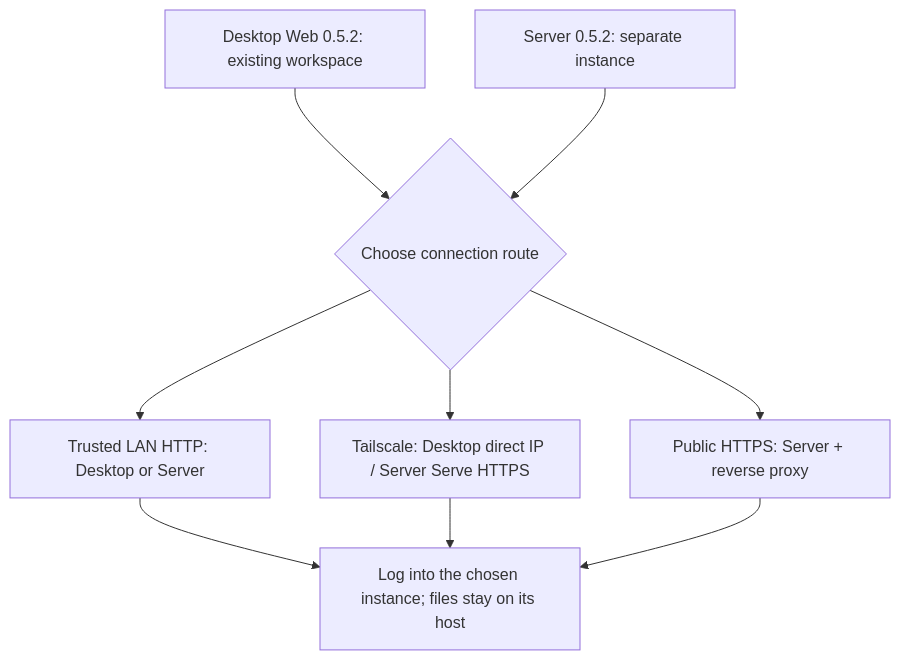
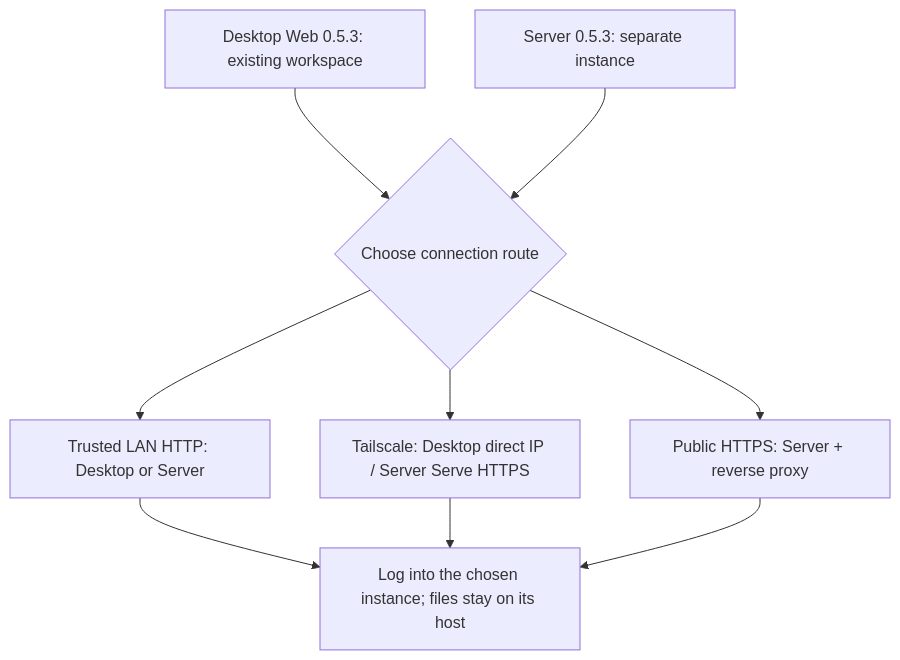
The diagram in website/site/public/assets/diagrams/deployment-choice-en.mmd (123eyu/rovai-ai), drawn with Mermaid before and after one commit. The commit also changed 10 other files, not shown here.

```diff
--- a/website/site/public/assets/diagrams/deployment-choice-en.mmd
+++ b/website/site/public/assets/diagrams/deployment-choice-en.mmd
@@ -1,12 +1,12 @@
 flowchart TB
-  desktop["Desktop Web 0.5.2: existing workspace"]
-  server["Server 0.5.2: separate instance"]
+  desktop["Desktop Web 0.5.3: existing workspace"]
+  server["Server 0.5.3: separate instance"]
   choice{"Choose connection route"}
   desktop --> choice
   server --> choice
   choice --> lan["Trusted LAN HTTP: Desktop or Server"]
   choice --> ts["Tailscale: Desktop direct IP / Server Serve HTTPS"]
   choice --> public["Public HTTPS: Server + reverse proxy"]
   lan --> login["Log into the chosen instance; files stay on its host"]
   ts --> login
   public --> login
```
